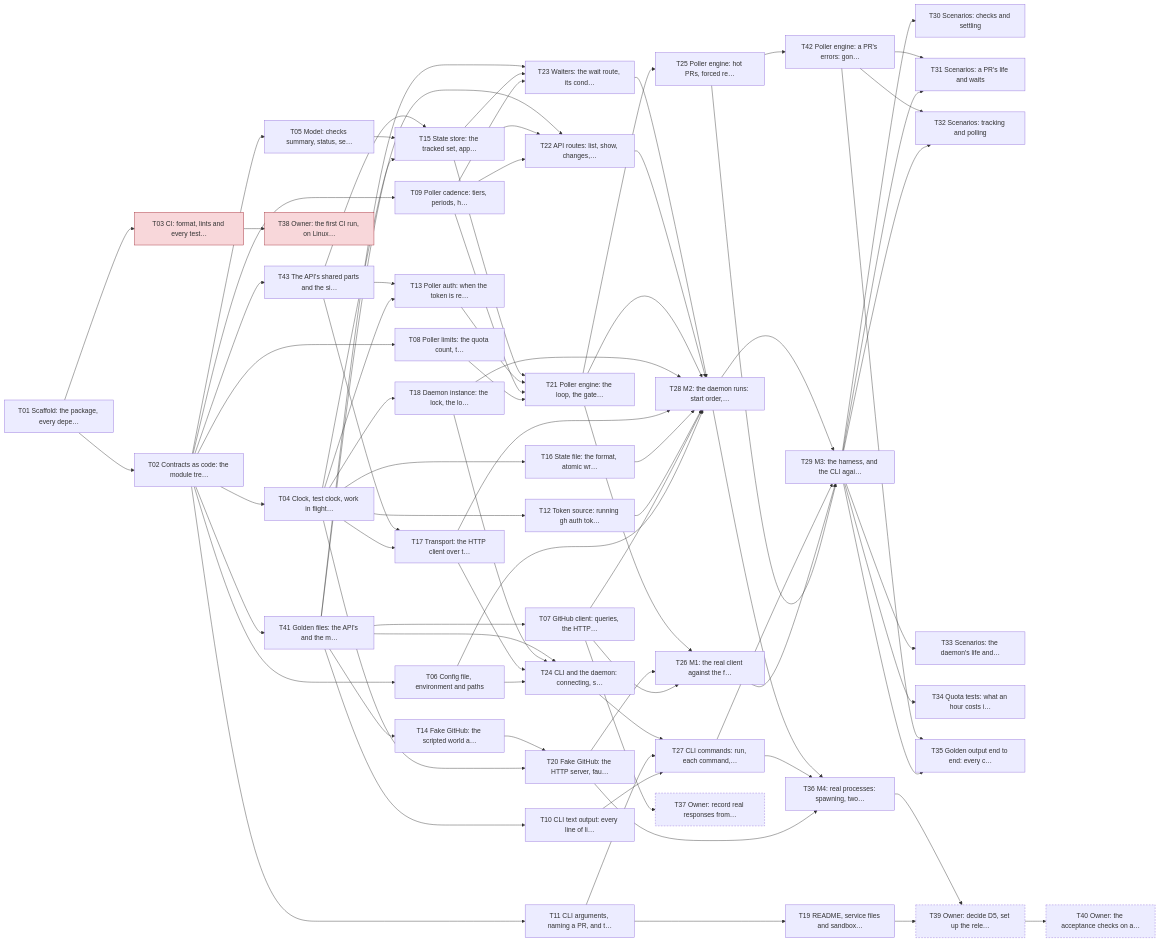
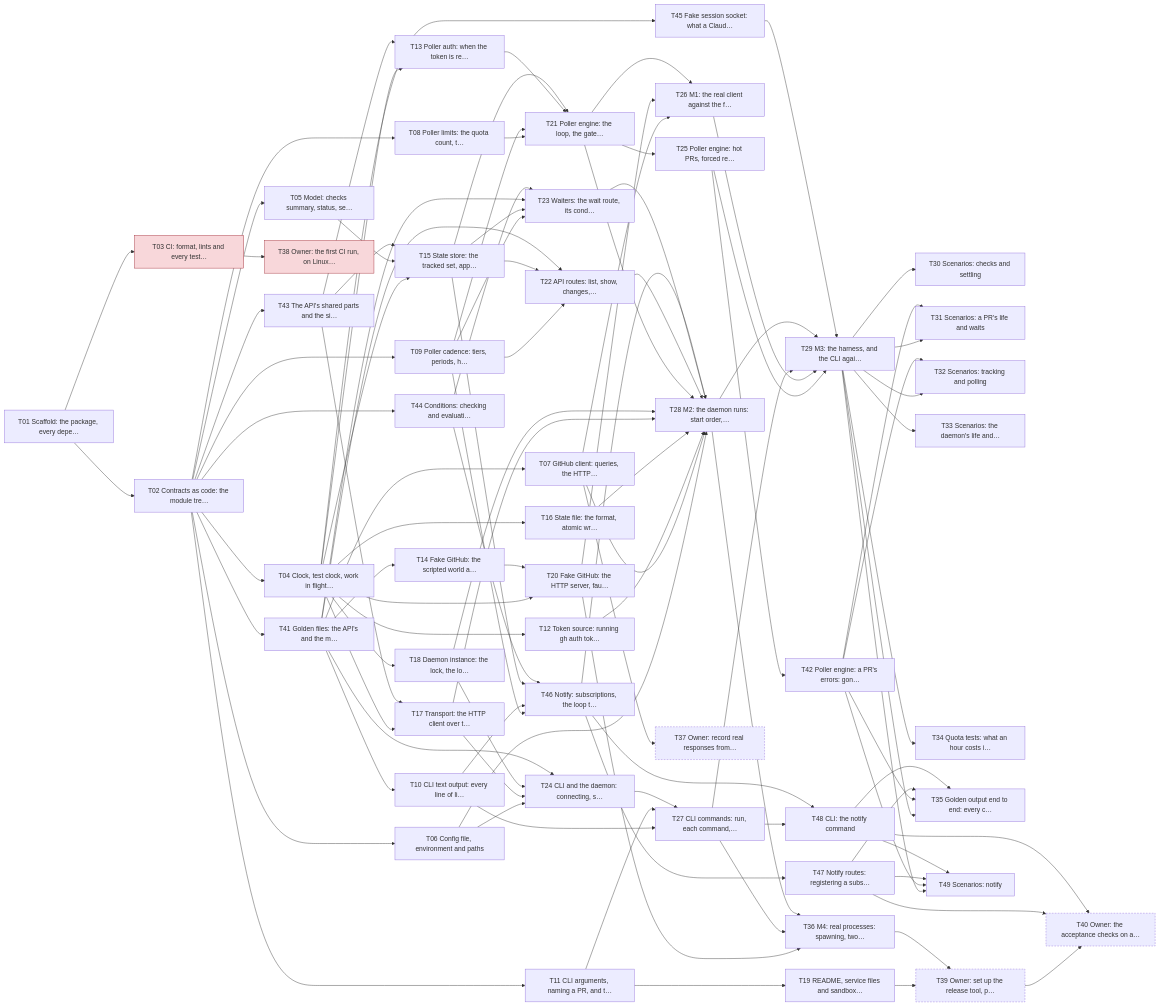
Before and after one commit to yachiko/circitor: the diagram in plan/README.md, drawn with Mermaid. The commit also changed other lines of this file and 60 other files, not shown here.

```diff
--- a/plan/README.md
+++ b/plan/README.md
@@ -165,11 +174,17 @@
   T36["T36 M4: real processes: spawning, two…"]
   T37["T37 Owner: record real responses from…"]:::manual
   T38["T38 Owner: the first CI run, on Linux…"]:::blocked
-  T39["T39 Owner: decide D5, set up the rele…"]:::manual
+  T39["T39 Owner: set up the release tool, p…"]:::manual
   T40["T40 Owner: the acceptance checks on a…"]:::manual
   T41["T41 Golden files: the API's and the m…"]
   T42["T42 Poller engine: a PR's errors: gon…"]
   T43["T43 The API's shared parts and the si…"]
+  T44["T44 Conditions: checking and evaluati…"]
+  T45["T45 Fake session socket: what a Claud…"]
+  T46["T46 Notify: subscriptions, the loop t…"]
+  T47["T47 Notify routes: registering a subs…"]
+  T48["T48 CLI: the notify command"]
+  T49["T49 Scenarios: notify"]
   T01 --> T02
   T01 --> T03
   T02 --> T04
@@ -203,9 +218,11 @@
   T09 --> T22
   T15 --> T22
   T41 --> T22
+  T02 --> T44
   T09 --> T23
   T15 --> T23
   T41 --> T23
+  T44 --> T23
   T06 --> T24
   T17 --> T24
   T18 --> T24
@@ -217,6 +234,10 @@
   T10 --> T27
   T11 --> T27
   T24 --> T27
+  T09 --> T46
+  T10 --> T46
+  T15 --> T46
+  T44 --> T46
   T06 --> T28
   T07 --> T28
   T12 --> T28
@@ -226,10 +247,13 @@
   T21 --> T28
   T22 --> T28
   T23 --> T28
+  T46 --> T28
+  T04 --> T45
   T25 --> T29
   T26 --> T29
   T27 --> T29
   T28 --> T29
+  T45 --> T29
   T29 --> T30
   T25 --> T42
   T29 --> T31
@@ -238,8 +262,13 @@
   T42 --> T32
   T29 --> T33
   T29 --> T34
+  T46 --> T47
+  T27 --> T48
+  T46 --> T48
   T29 --> T35
   T42 --> T35
+  T47 --> T35
+  T48 --> T35
   T20 --> T36
   T27 --> T36
   T28 --> T36
@@ -248,6 +277,12 @@
   T19 --> T39
   T36 --> T39
   T39 --> T40
+  T47 --> T40
+  T48 --> T40
+  T29 --> T49
+  T42 --> T49
+  T47 --> T49
+  T48 --> T49
   classDef done fill:#d8f0dc,stroke:#2f7d3b
   classDef active fill:#fff1c2,stroke:#a07800
   classDef blocked fill:#f8d7da,stroke:#a12a35
```
